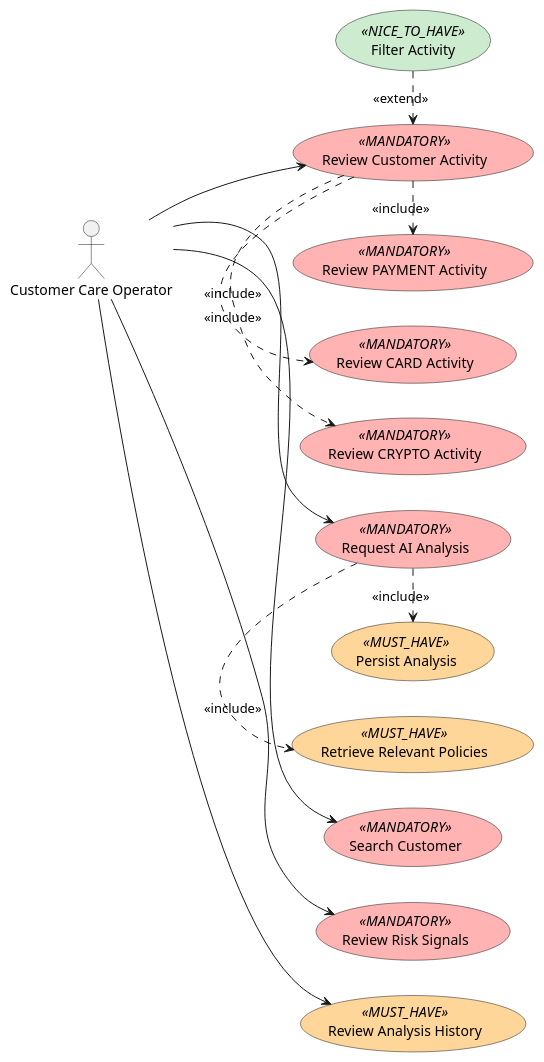
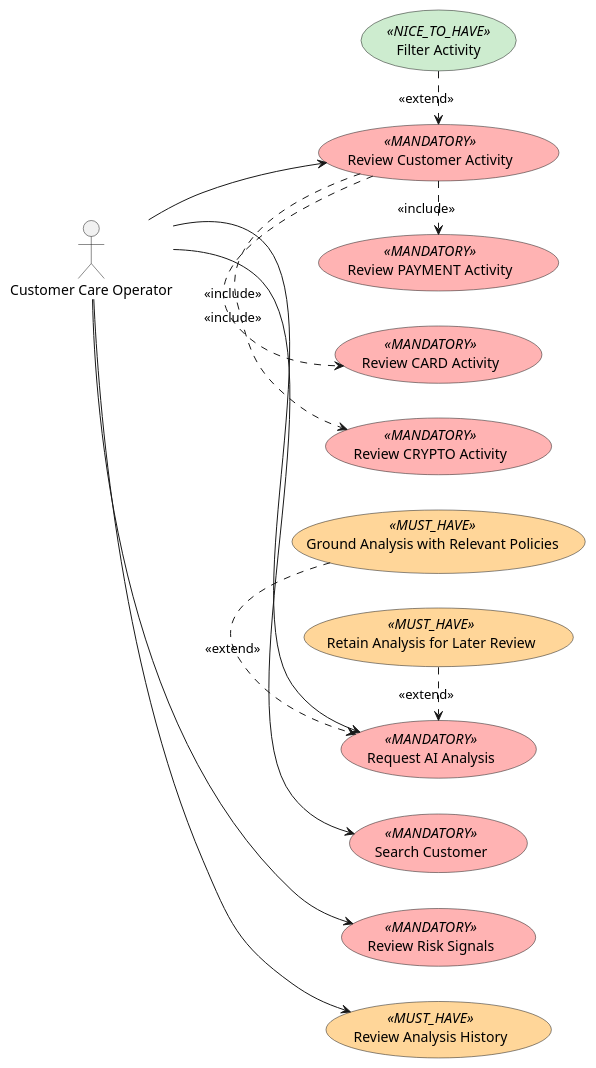
Before and after one commit to jdoe-dev-159753/specgraph-reference-app: the diagram in docs/assignment/Inception.md, drawn with PlantUML. The commit also changed other lines of this file, not shown here.

Commit message:
docs: remove work-graph surrogates and align use-case layers

````diff
--- a/docs/assignment/Inception.md
+++ b/docs/assignment/Inception.md
@@ -178,36 +184,36 @@
 ```plantuml
 @startuml
 left to right direction
 actor "Customer Care Operator" as Operator
 
 skinparam usecase {
   BackgroundColor<<MANDATORY>> #FFB3B3
   BackgroundColor<<MUST_HAVE>> #FFD699
   BackgroundColor<<NICE_TO_HAVE>> #CDECCF
 }
 
 usecase "Search Customer" as UC_Search <<MANDATORY>>
 usecase "Review Customer Activity" as UC_Activity <<MANDATORY>>
 usecase "Review CARD Activity" as UC_Card <<MANDATORY>>
 usecase "Review PAYMENT Activity" as UC_Payment <<MANDATORY>>
 usecase "Review CRYPTO Activity" as UC_Crypto <<MANDATORY>>
 usecase "Review Risk Signals" as UC_Risk <<MANDATORY>>
 usecase "Request AI Analysis" as UC_AI <<MANDATORY>>
-usecase "Retrieve Relevant Policies" as UC_RAG <<MUST_HAVE>>
-usecase "Persist Analysis" as UC_Persist <<MUST_HAVE>>
+usecase "Ground Analysis with Relevant Policies" as UC_Grounded <<MUST_HAVE>>
+usecase "Retain Analysis for Later Review" as UC_Retain <<MUST_HAVE>>
 usecase "Review Analysis History" as UC_History <<MUST_HAVE>>
 usecase "Filter Activity" as UC_Filter <<NICE_TO_HAVE>>
 
 Operator --> UC_Search
 Operator --> UC_Activity
 Operator --> UC_Risk
 Operator --> UC_AI
 Operator --> UC_History
 UC_Activity .> UC_Card : <<include>>
 UC_Activity .> UC_Payment : <<include>>
 UC_Activity .> UC_Crypto : <<include>>
-UC_AI .> UC_RAG : <<include>>
-UC_AI .> UC_Persist : <<include>>
+UC_Grounded .> UC_AI : <<extend>>
+UC_Retain .> UC_AI : <<extend>>
 UC_Filter .> UC_Activity : <<extend>>
 @enduml
 ```
````
